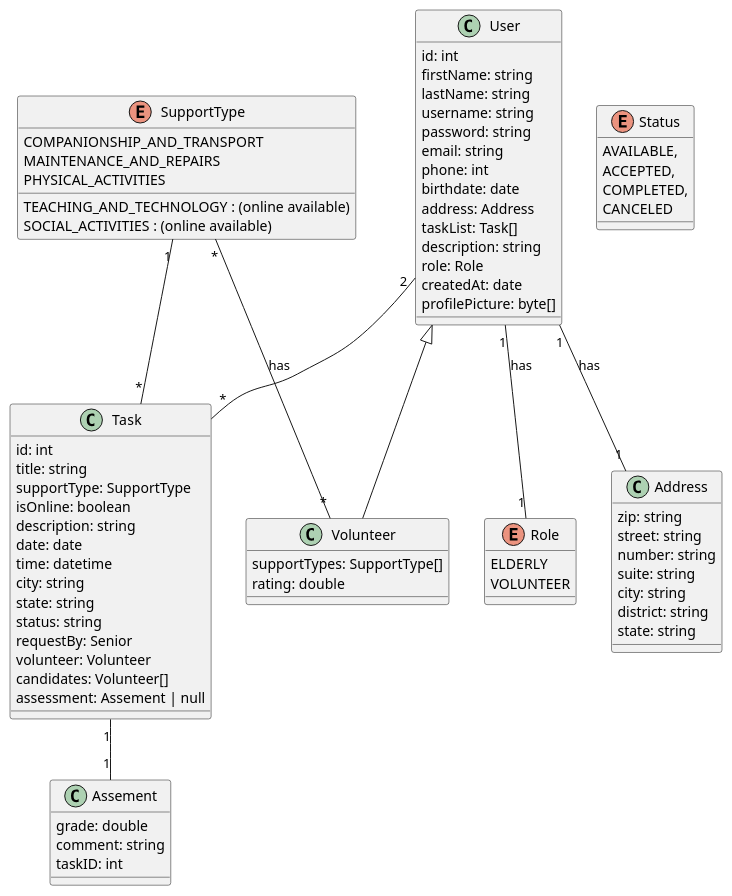
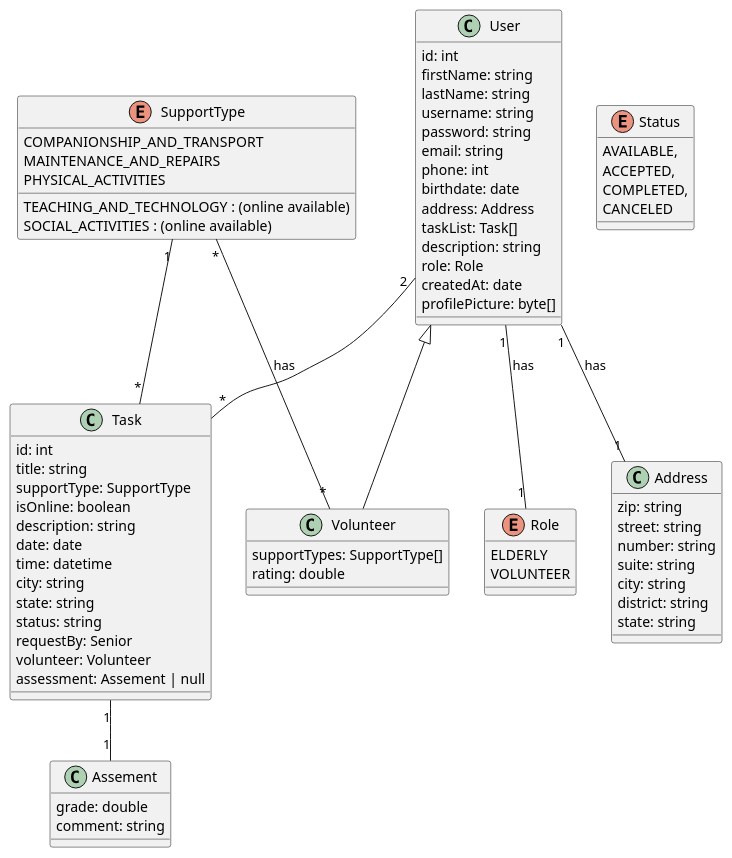
The diagram in Diagrama.puml (StartDB/db-desafio-rachel-gustavo), drawn with PlantUML before and after one commit.

```diff
--- a/Diagrama.puml
+++ b/Diagrama.puml
@@ -1,85 +1,83 @@
 @startuml
 class User {
   id: int
   firstName: string
   lastName: string
   username: string
   password: string
   email: string
   phone: int
   birthdate: date
   address: Address
   taskList: Task[]
   description: string
   role: Role
   createdAt: date
   profilePicture: byte[]
 }
 
 class Volunteer {
  supportTypes: SupportType[]
  rating: double
 }
 
 class Task {
   id: int
   title: string
   supportType: SupportType
   isOnline: boolean
   description: string
   date: date
   time: datetime
   city: string
   state: string
   status: string
   requestBy: Senior
   volunteer: Volunteer
-  candidates: Volunteer[]
   assessment: Assement | null
 }
 
 class Address {
   zip: string
   street: string
   number: string
   suite: string
   city: string
   district: string
   state: string
 }
 
 class Assement {
   grade: double
   comment: string
-  taskID: int
 } 
 
 enum Role {
   ELDERLY
   VOLUNTEER
 }
 
 enum SupportType {
   COMPANIONSHIP_AND_TRANSPORT
   MAINTENANCE_AND_REPAIRS
   TEACHING_AND_TECHNOLOGY : (online available)
   SOCIAL_ACTIVITIES : (online available)
   PHYSICAL_ACTIVITIES
 }
 
 enum Status {
   AVAILABLE,
   ACCEPTED,
   COMPLETED,
   CANCELED
 }
 
 Task "1" -- "1" Assement
 SupportType "1" -- "*" Task
 SupportType "*" -- "*" Volunteer : has
 User "2" -- "*" Task
 User "1" -- "1" Role : has
 User "1" -- "1" Address : has
 User <|-- Volunteer
 
 @enduml
```
